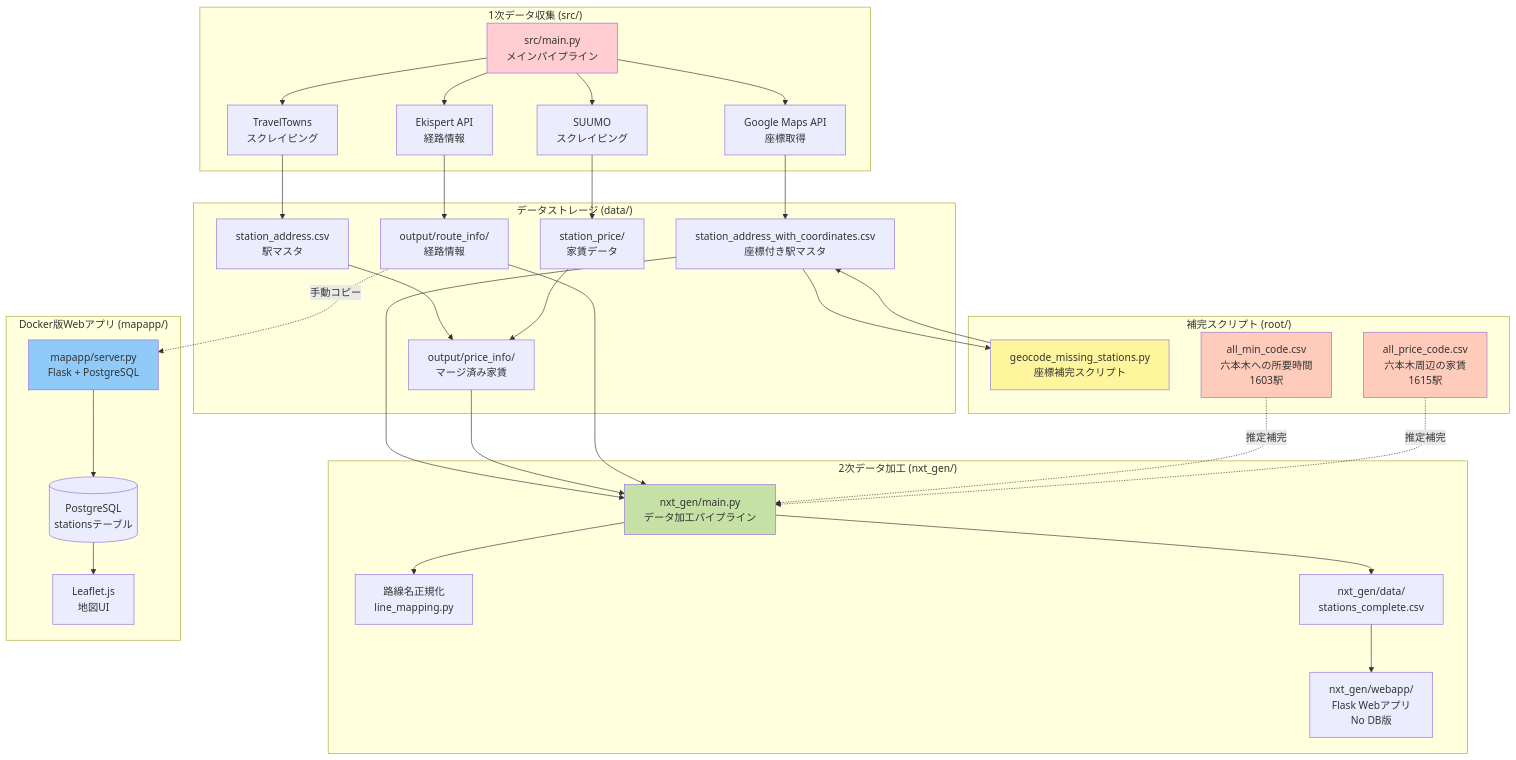
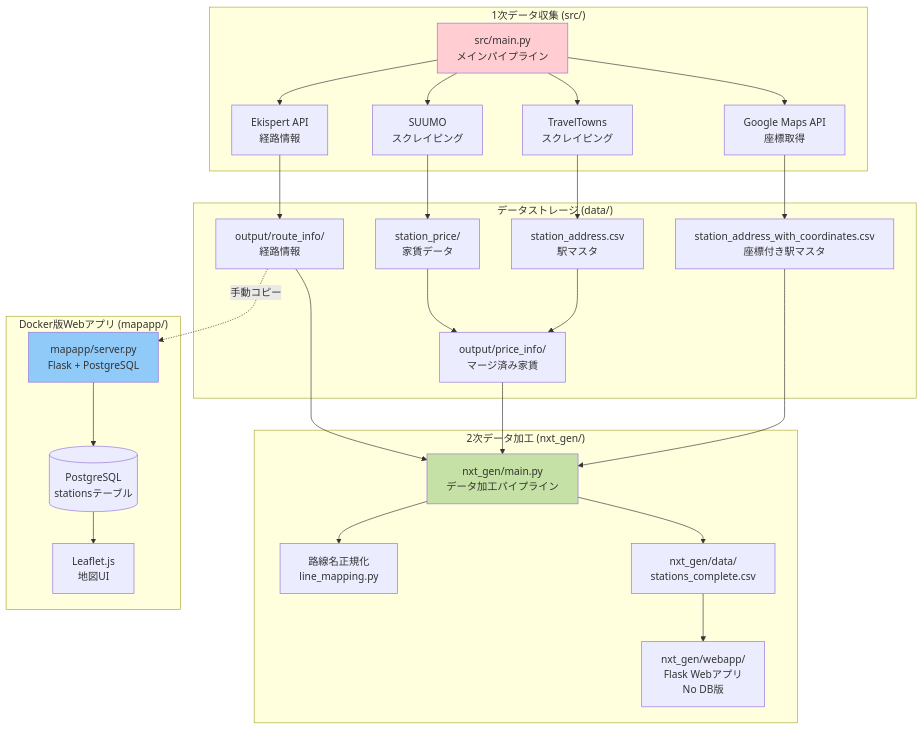
The first of 5 diagrams in PROJECT_OVERVIEW.md (masa350z/stationscraper), drawn with Mermaid before and after one commit. The commit also changed other lines of this file and 23 other files, not shown here.

````diff
--- a/PROJECT_OVERVIEW.md
+++ b/PROJECT_OVERVIEW.md
@@ -19,73 +19,59 @@
 ```mermaid
 graph TB
     subgraph "1次データ収集 (src/)"
         SRC[src/main.py<br/>メインパイプライン]
         SCRAPER1[TravelTowns<br/>スクレイピング]
         SCRAPER2[SUUMO<br/>スクレイピング]
         API1[Ekispert API<br/>経路情報]
         API2[Google Maps API<br/>座標取得]
 
         SRC --> SCRAPER1
         SRC --> SCRAPER2
         SRC --> API1
         SRC --> API2
     end
 
     subgraph "データストレージ (data/)"
         D1[station_address.csv<br/>駅マスタ]
         D2[station_price/<br/>家賃データ]
         D3[output/price_info/<br/>マージ済み家賃]
         D4[output/route_info/<br/>経路情報]
         D5[station_address_with_coordinates.csv<br/>座標付き駅マスタ]
 
         SCRAPER1 --> D1
         SCRAPER2 --> D2
         D1 --> D3
         D2 --> D3
         API1 --> D4
         API2 --> D5
     end
 
-    subgraph "補完スクリプト (root/)"
-        GEOCODE[geocode_missing_stations.py<br/>座標補完スクリプト]
-        FALLBACK1[all_min_code.csv<br/>六本木への所要時間<br/>1603駅]
-        FALLBACK2[all_price_code.csv<br/>六本木周辺の家賃<br/>1615駅]
-
-        D5 --> GEOCODE
-        GEOCODE --> D5
-    end
-
     subgraph "2次データ加工 (nxt_gen/)"
         NXT[nxt_gen/main.py<br/>データ加工パイプライン]
         NXT_NORM[路線名正規化<br/>line_mapping.py]
         NXT_OUT[nxt_gen/data/<br/>stations_complete.csv]
         NXT_WEB[nxt_gen/webapp/<br/>Flask Webアプリ<br/>No DB版]
 
         D5 --> NXT
         D3 --> NXT
         D4 --> NXT
-        FALLBACK1 -.推定補完.-> NXT
-        FALLBACK2 -.推定補完.-> NXT
         NXT --> NXT_NORM
         NXT --> NXT_OUT
         NXT_OUT --> NXT_WEB
     end
 
     subgraph "Docker版Webアプリ (mapapp/)"
         MAP_WEB[mapapp/server.py<br/>Flask + PostgreSQL]
         MAP_DB[(PostgreSQL<br/>stationsテーブル)]
         MAP_FRONT[Leaflet.js<br/>地図UI]
 
         D4 -.手動コピー.-> MAP_WEB
         MAP_WEB --> MAP_DB
         MAP_DB --> MAP_FRONT
     end
 
     %% スタイル
     style SRC fill:#ffcdd2
     style NXT fill:#c5e1a5
     style MAP_WEB fill:#90caf9
-    style GEOCODE fill:#fff59d
-    style FALLBACK1 fill:#ffccbc
-    style FALLBACK2 fill:#ffccbc
 ```
````
